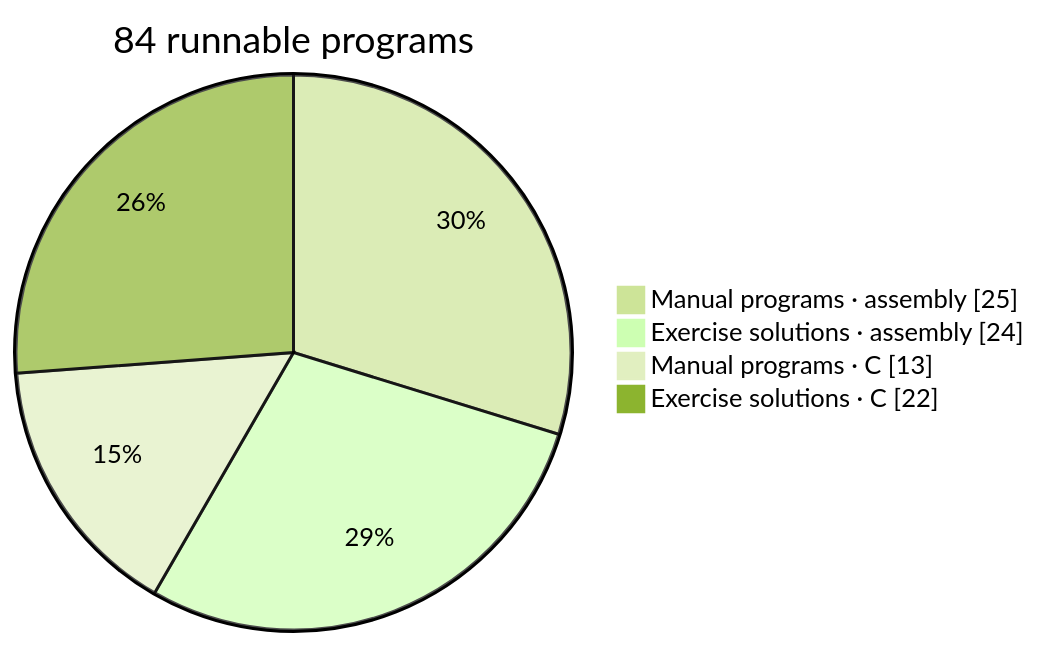
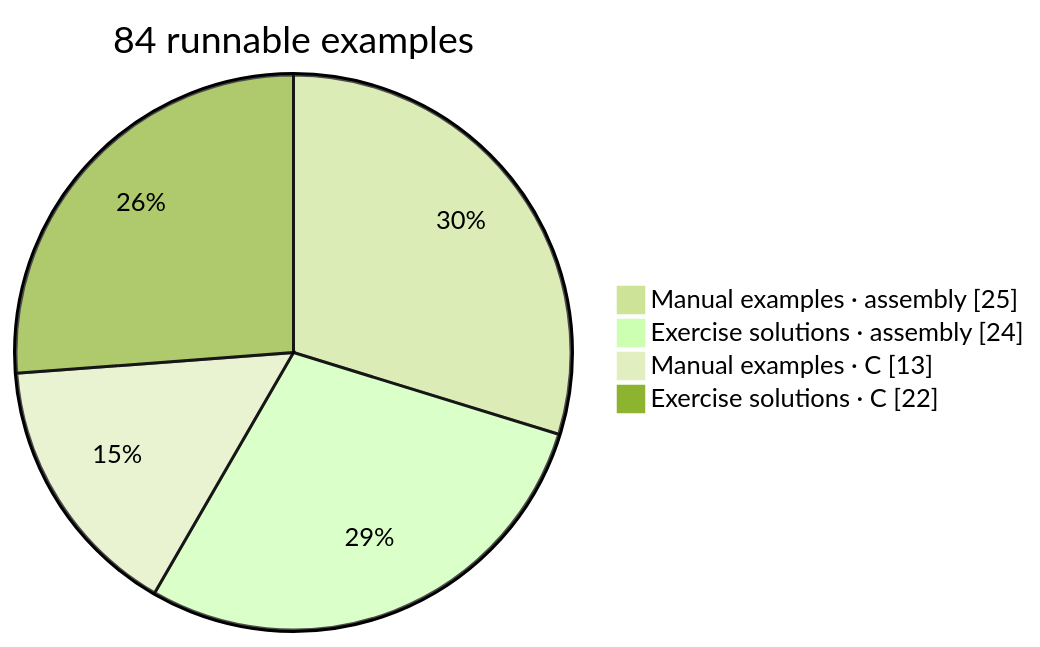
The second of 10 diagrams in README.md (siddhaantxsingh/LPC1768), drawn with Mermaid (forest theme) before and after one commit. The commit also changed other lines of this file and 10 other files, not shown here.

First line of the commit message:
Type your own register/memory inputs in the assembly experiments; 'programs' -> 'examples'

````diff
--- a/README.md
+++ b/README.md
@@ -117,8 +120,8 @@
 ```mermaid
 pie showData
-    title 84 runnable programs
-    "Manual programs · assembly" : 25
+    title 84 runnable examples
+    "Manual examples · assembly" : 25
     "Exercise solutions · assembly" : 24
-    "Manual programs · C" : 13
+    "Manual examples · C" : 13
     "Exercise solutions · C" : 22
 ```
````
